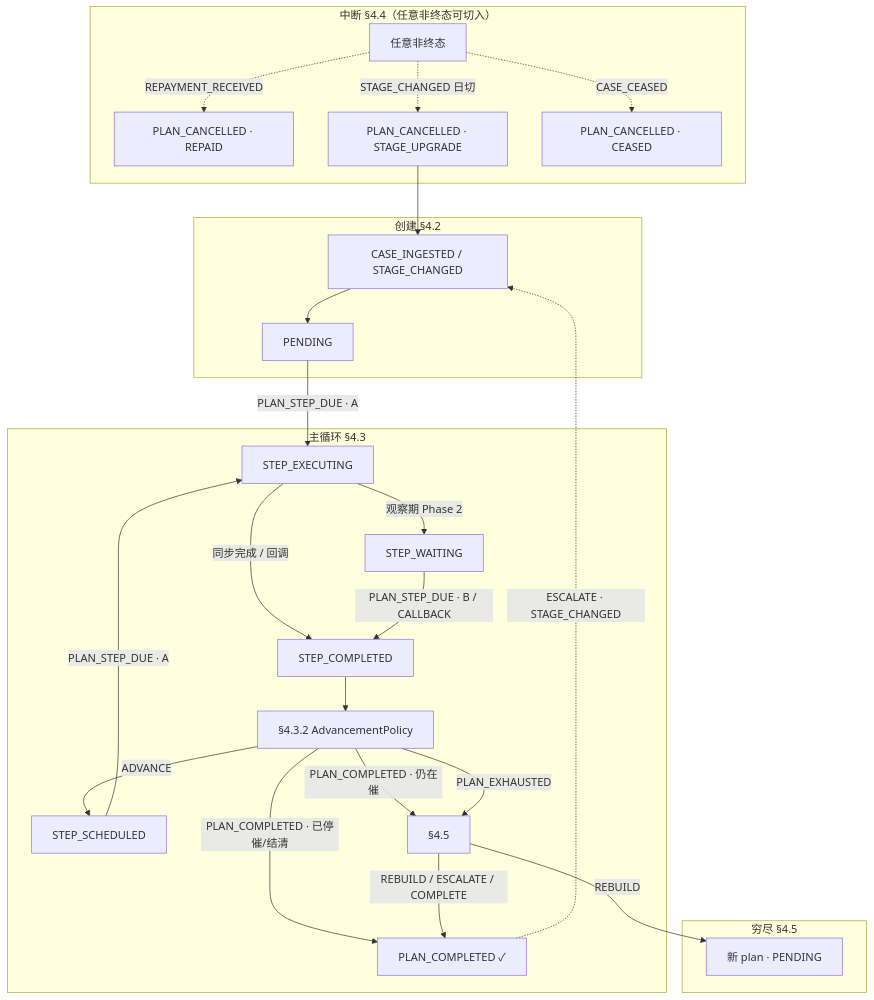
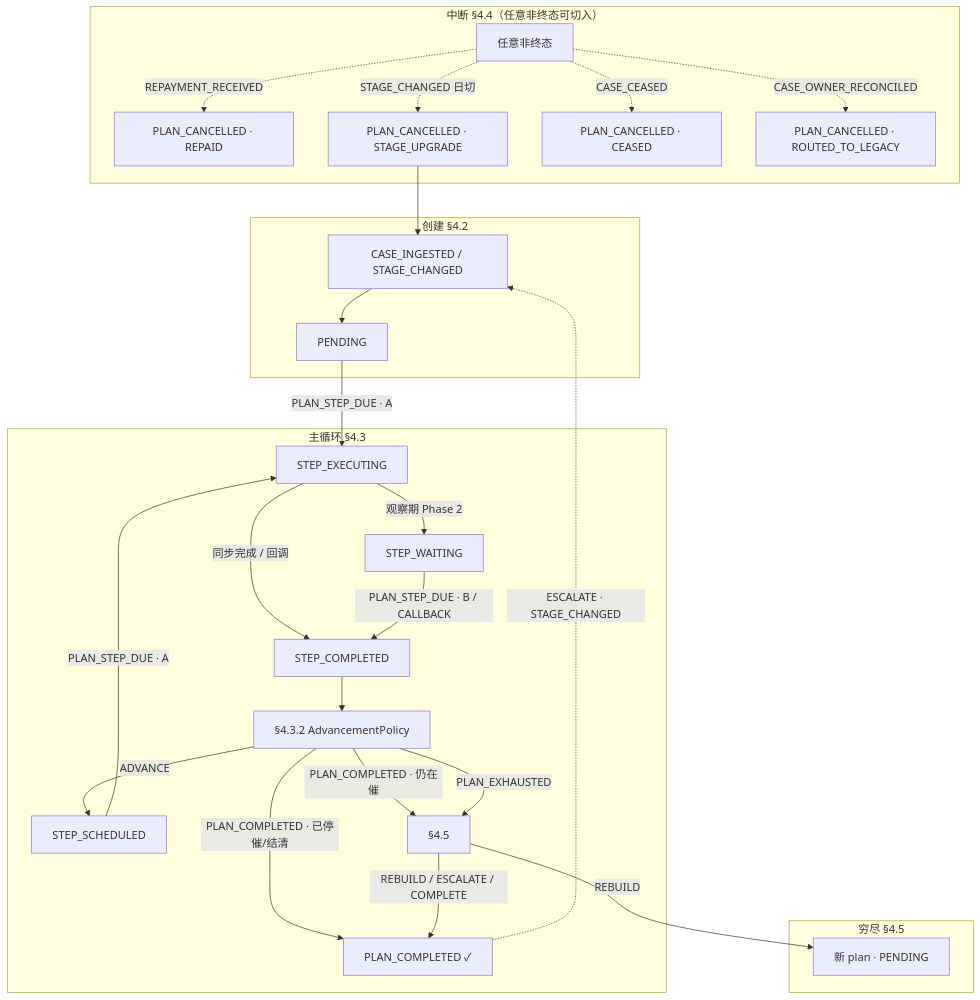
Before and after one commit to katherineliu2102/Intelligent-Collection-V1: the fourth of 6 diagrams in docs/MOCASA催收系统升级_Phase1_核心引擎规格.md, drawn with Mermaid. The commit also changed other lines of this file and 54 other files, not shown here.

````diff
--- a/docs/MOCASA催收系统升级_Phase1_核心引擎规格.md
+++ b/docs/MOCASA催收系统升级_Phase1_核心引擎规格.md
@@ -658,32 +669,33 @@
 ```mermaid
 flowchart TB
     subgraph create ["创建 §4.2"]
         IN["CASE_INGESTED / STAGE_CHANGED"] --> PENDING
     end
 
     subgraph main ["主循环 §4.3"]
         PENDING -->|PLAN_STEP_DUE · A| EXEC["STEP_EXECUTING"]
         SCHED["STEP_SCHEDULED"] -->|PLAN_STEP_DUE · A| EXEC
         EXEC -->|观察期 Phase 2| WAIT["STEP_WAITING"]
         EXEC -->|同步完成 / 回调| SC["STEP_COMPLETED"]
         WAIT -->|PLAN_STEP_DUE · B / CALLBACK| SC
         SC --> AP["§4.3.2 AdvancementPolicy"]
         AP -->|ADVANCE| SCHED
         AP -->|PLAN_COMPLETED · 仍在催| EXH["§4.5"]
         AP -->|PLAN_COMPLETED · 已停催/结清| DONE["PLAN_COMPLETED ✓"]
         AP -->|PLAN_EXHAUSTED| EXH
     end
 
     subgraph exhaust ["穷尽 §4.5"]
         EXH -->|REBUILD| NP["新 plan · PENDING"]
         EXH -->|REBUILD / ESCALATE / COMPLETE| DONE
         DONE -.->|ESCALATE · STAGE_CHANGED| IN
     end
 
     subgraph intr ["中断 §4.4（任意非终态可切入）"]
         INTR["任意非终态"] -.->|REPAYMENT_RECEIVED| CR["PLAN_CANCELLED · REPAID"]
         INTR -.->|STAGE_CHANGED 日切| CS["PLAN_CANCELLED · STAGE_UPGRADE"]
         CS --> IN
         INTR -.->|CASE_CEASED| CC["PLAN_CANCELLED · CEASED"]
+        INTR -.->|CASE_OWNER_RECONCILED| CL["PLAN_CANCELLED · ROUTED_TO_LEGACY"]
     end
 ```
````
